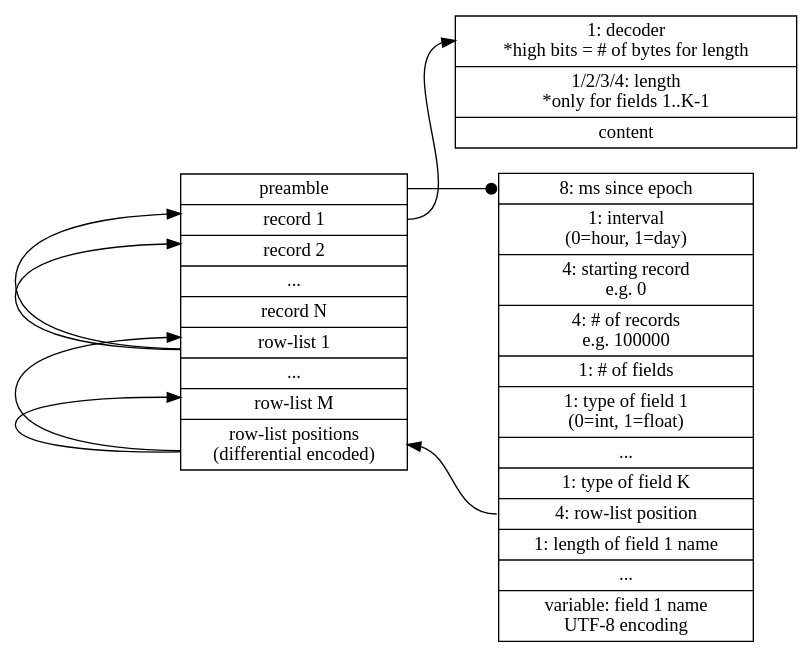
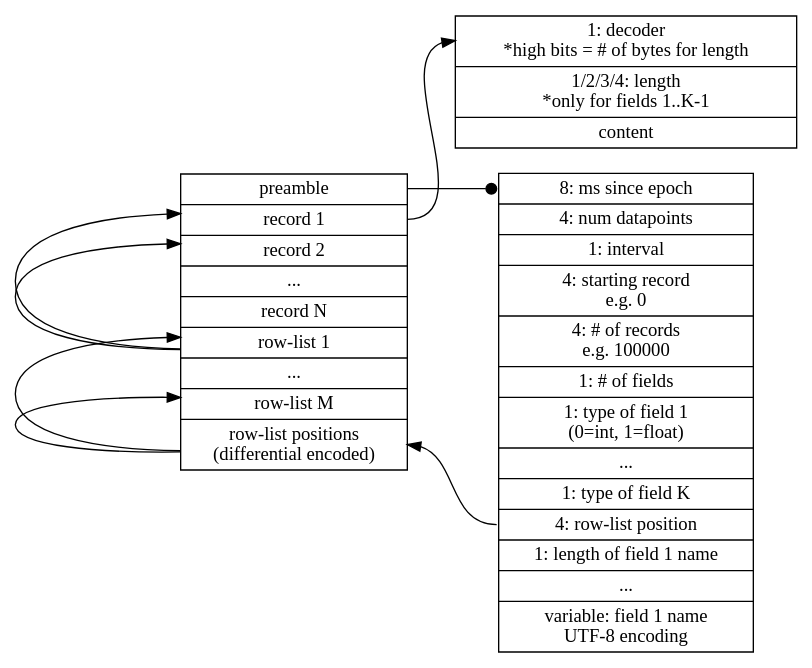
Before and after one commit to cldellow/manu: the diagram in format/format.dot, drawn with Graphviz. The commit also changed 1 other file, not shown here.

```diff
--- a/format/format.dot
+++ b/format/format.dot
@@ -1,46 +1,47 @@
 digraph structs {
   node [shape=record];
   rankdir=LR;
 
   composite [ label ="<preamble> preamble |
   <record1> record 1 |
   <record2> record 2 |
   ... |
   record N |
   <rowlist1> row-list 1 |
   ... |
   <rowlistm> row-list M |
   <rowlistpos> row-list positions\n(differential encoded)
 
   " ];
 
   preamble [ label="<epoch> 8: ms since epoch |
-  1: interval\n(0=hour, 1=day) |
+  4: num datapoints |
+  1: interval |
   4: starting record\ne.g. 0 |
   4: # of records\ne.g. 100000 |
   1: # of fields |
   1: type of field 1\n(0=int, 1=float) |
   ... |
   1: type of field K |
   <rowlistpos> 4: row-list position |
   1: length of field 1 name |
   ... |
   variable: field 1 name\nUTF-8 encoding
   " ];
 
   record [ label = "<decoder>1: decoder\n*high bits = # of bytes for length |
   1/2/3/4: length\n*only for fields 1..K-1 |
   content
   " ];
 
   composite:preamble -> preamble:epoch [arrowhead=dot];
 
   preamble:rowlistpos -> composite:rowlistpos;
 
   composite:rowlistpos -> composite:rowlist1;
   composite:rowlistpos -> composite:rowlistm;
 
   composite:record1 -> record:decoder;
   composite:rowlist1 -> composite:record1;
   composite:rowlist1 -> composite:record2;
 }
```
